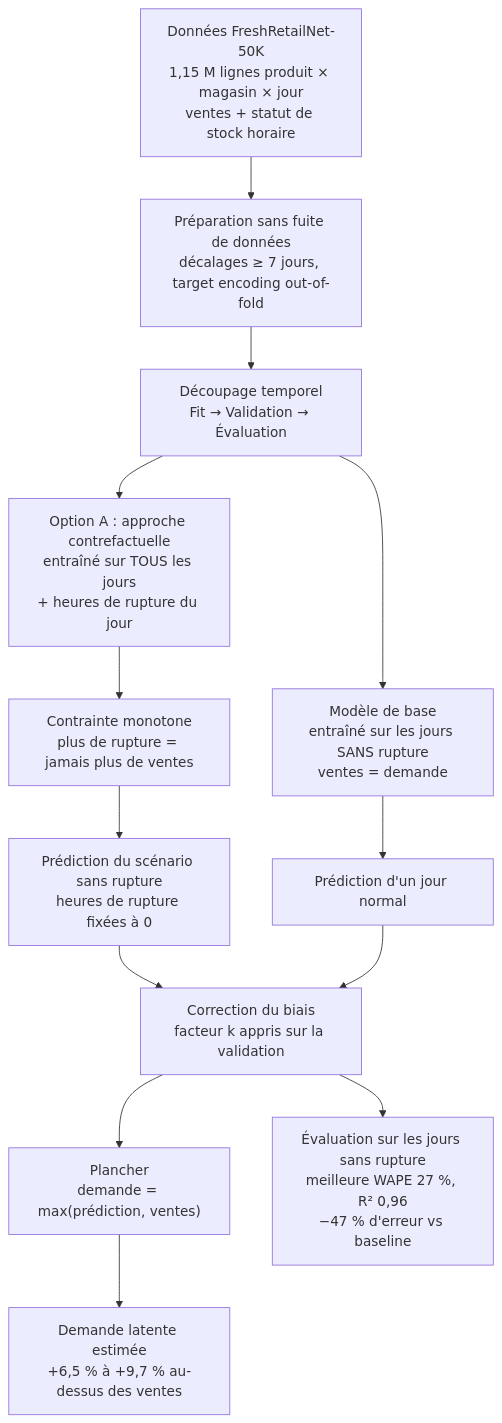
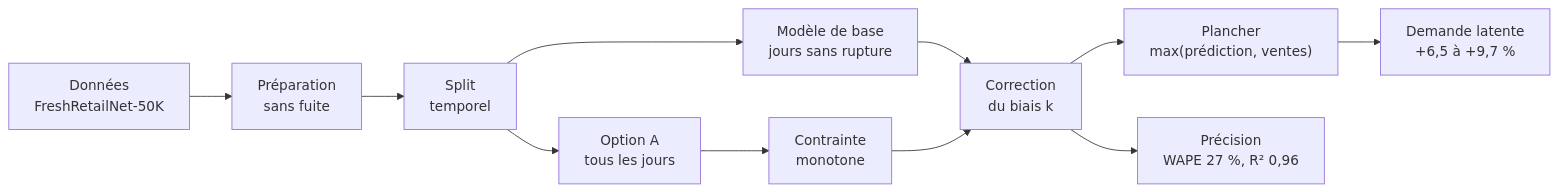
One commit to khadija2027/Latent_demand_forecasting changed the diagram in README.md. Above: the diagram before and after it, drawn with Mermaid. The commit also changed other lines of this file, not shown here.

Commit message:
Revise flowchart  in README
Updated flowchart to improve clarity and structure. Revised sections on notebook structure and limitations.

````diff
--- a/README.md
+++ b/README.md
@@ -11,19 +11,14 @@
 ```mermaid
-flowchart TD
-    A["Données FreshRetailNet-50K<br/>1,15 M lignes produit × magasin × jour<br/>ventes + statut de stock horaire"] --> B["Préparation sans fuite de données<br/>décalages ≥ 7 jours, target encoding out-of-fold"]
-    B --> C["Découpage temporel<br/>Fit → Validation → Évaluation"]
+flowchart LR
+    A["Données<br/>FreshRetailNet-50K"] --> B["Préparation<br/>sans fuite"]
+    B --> C["Split<br/>temporel"]
+    C --> D["Modèle de base<br/>jours sans rupture"]
+    C --> E["Option A<br/>tous les jours"]
+    E --> F["Contrainte<br/>monotone"]
+    D --> G["Correction<br/>du biais k"]
+    F --> G
+    G --> H["Plancher<br/>max(prédiction, ventes)"]
+    H --> I["Demande latente<br/>+6,5 à +9,7 %"]
+    G --> J["Précision<br/>WAPE 27 %, R² 0,96"]
 
-    C --> D["Modèle de base<br/>entraîné sur les jours SANS rupture<br/>ventes = demande"]
-    C --> E["Option A : approche contrefactuelle<br/>entraîné sur TOUS les jours<br/>+ heures de rupture du jour"]
-
-    E --> F["Contrainte monotone<br/>plus de rupture = jamais plus de ventes"]
-    F --> G["Prédiction du scénario sans rupture<br/>heures de rupture fixées à 0"]
-    D --> H["Prédiction d'un jour normal"]
-
-    G --> I["Correction du biais<br/>facteur k appris sur la validation"]
-    H --> I
-    I --> J["Plancher<br/>demande = max(prédiction, ventes)"]
-
-    J --> K["Demande latente estimée<br/>+6,5 % à +9,7 % au-dessus des ventes"]
-    I --> L["Évaluation sur les jours sans rupture<br/>meilleure WAPE 27 %, R² 0,96<br/>−47 % d'erreur vs baseline"]
 ```
````
